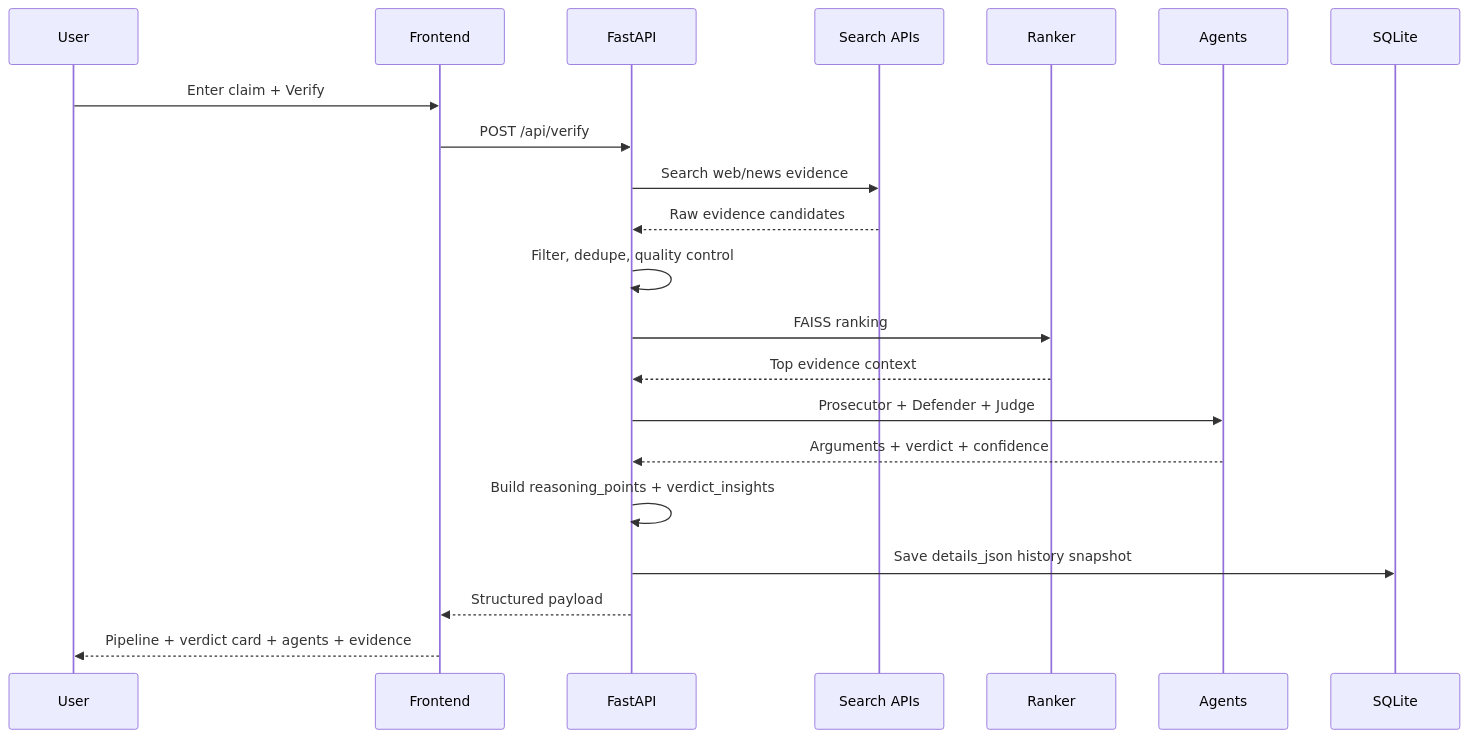
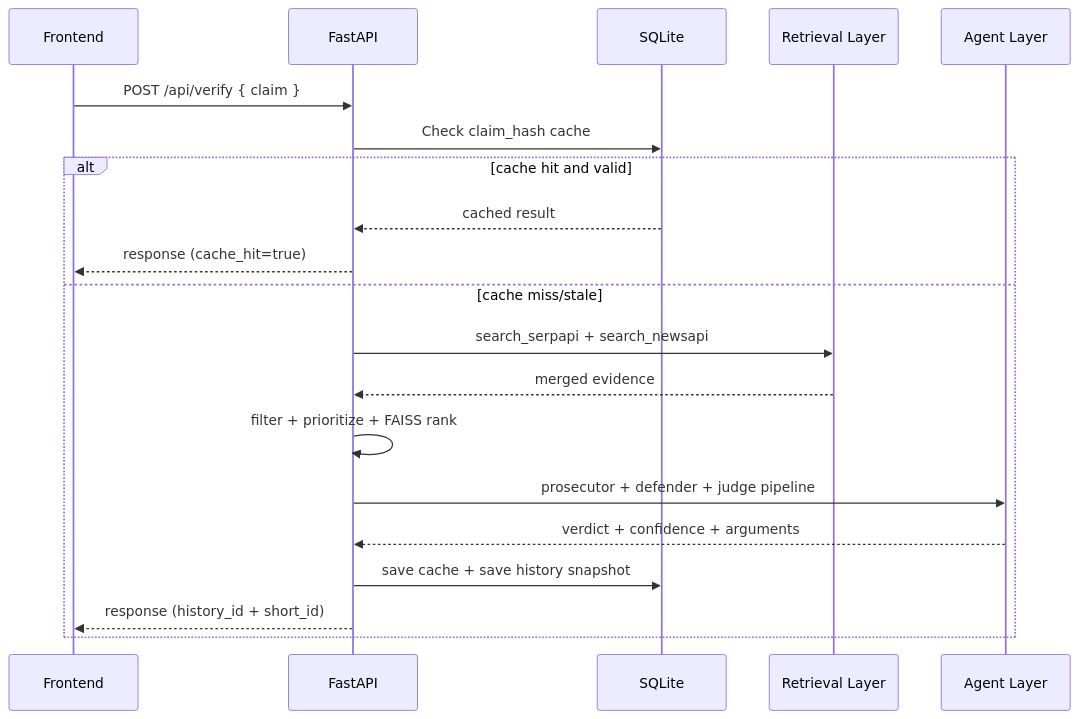
The second of 3 diagrams in README.md (Sandarsh18/VeritasAI), drawn with Mermaid before and after one commit. The commit also changed other lines of this file, not shown here.

````diff
--- a/README.md
+++ b/README.md
@@ -136,24 +87,23 @@
 ```mermaid
 sequenceDiagram
-    participant U as User
-    participant FE as Frontend
+    participant UI as Frontend
     participant API as FastAPI
-    participant SR as Search APIs
-    participant RK as Ranker
-    participant AG as Agents
     participant DB as SQLite
+    participant RET as Retrieval Layer
+    participant AG as Agent Layer
 
-    U->>FE: Enter claim + Verify
-    FE->>API: POST /api/verify
-    API->>SR: Search web/news evidence
-    SR-->>API: Raw evidence candidates
-    API->>API: Filter, dedupe, quality control
-    API->>RK: FAISS ranking
-    RK-->>API: Top evidence context
-    API->>AG: Prosecutor + Defender + Judge
-    AG-->>API: Arguments + verdict + confidence
-    API->>API: Build reasoning_points + verdict_insights
-    API->>DB: Save details_json history snapshot
-    API-->>FE: Structured payload
-    FE-->>U: Pipeline + verdict card + agents + evidence
+    UI->>API: POST /api/verify { claim }
+    API->>DB: Check claim_hash cache
+    alt cache hit and valid
+        DB-->>API: cached result
+        API-->>UI: response (cache_hit=true)
+    else cache miss/stale
+        API->>RET: search_serpapi + search_newsapi
+        RET-->>API: merged evidence
+        API->>API: filter + prioritize + FAISS rank
+        API->>AG: prosecutor + defender + judge pipeline
+        AG-->>API: verdict + confidence + arguments
+        API->>DB: save cache + save history snapshot
+        API-->>UI: response (history_id + short_id)
+    end
 ```
````
